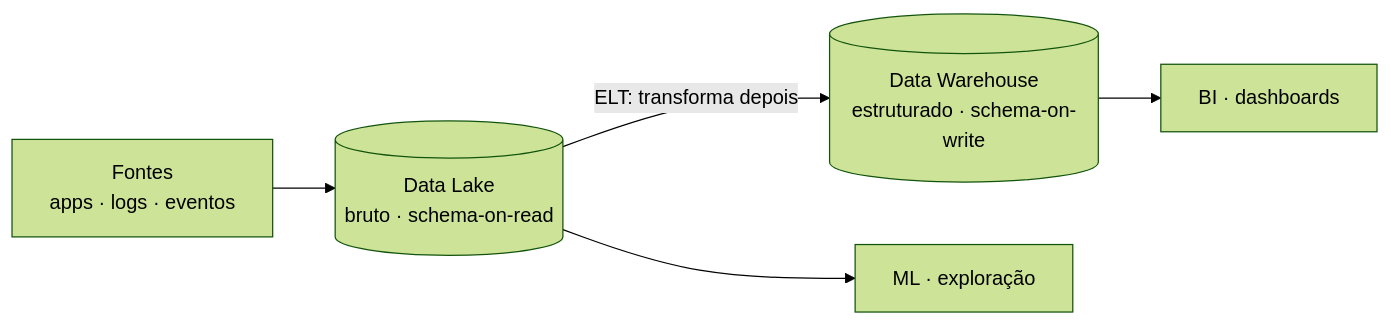
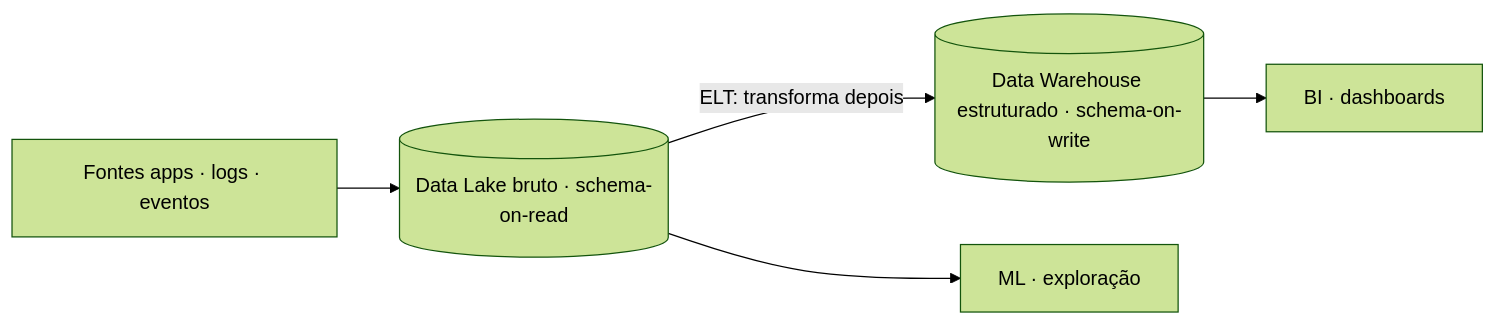
One commit to cesarschutz/cesarschutz.github.io changed the diagram in src/contents/posts/data-lake-vs-data-warehouse.md. Above: the diagram before and after it, drawn with Mermaid (forest theme). The commit also changed 10 other files, not shown here.

First line of the commit message:
Blinda diagramas Mermaid: remove <br> e nós invisíveis dos rótulos

````diff
--- a/src/contents/posts/data-lake-vs-data-warehouse.md
+++ b/src/contents/posts/data-lake-vs-data-warehouse.md
@@ -15,7 +15,7 @@
 ```mermaid
 flowchart LR
-  F["Fontes<br>apps · logs · eventos"] --> L[("Data Lake<br>bruto · schema-on-read")]
-  L -->|"ELT: transforma depois"| W[("Data Warehouse<br>estruturado · schema-on-write")]
+  F["Fontes apps · logs · eventos"] --> L[("Data Lake bruto · schema-on-read")]
+  L -->|"ELT: transforma depois"| W[("Data Warehouse estruturado · schema-on-write")]
   W --> BI["BI · dashboards"]
   L --> ML["ML · exploração"]
 ```
````
